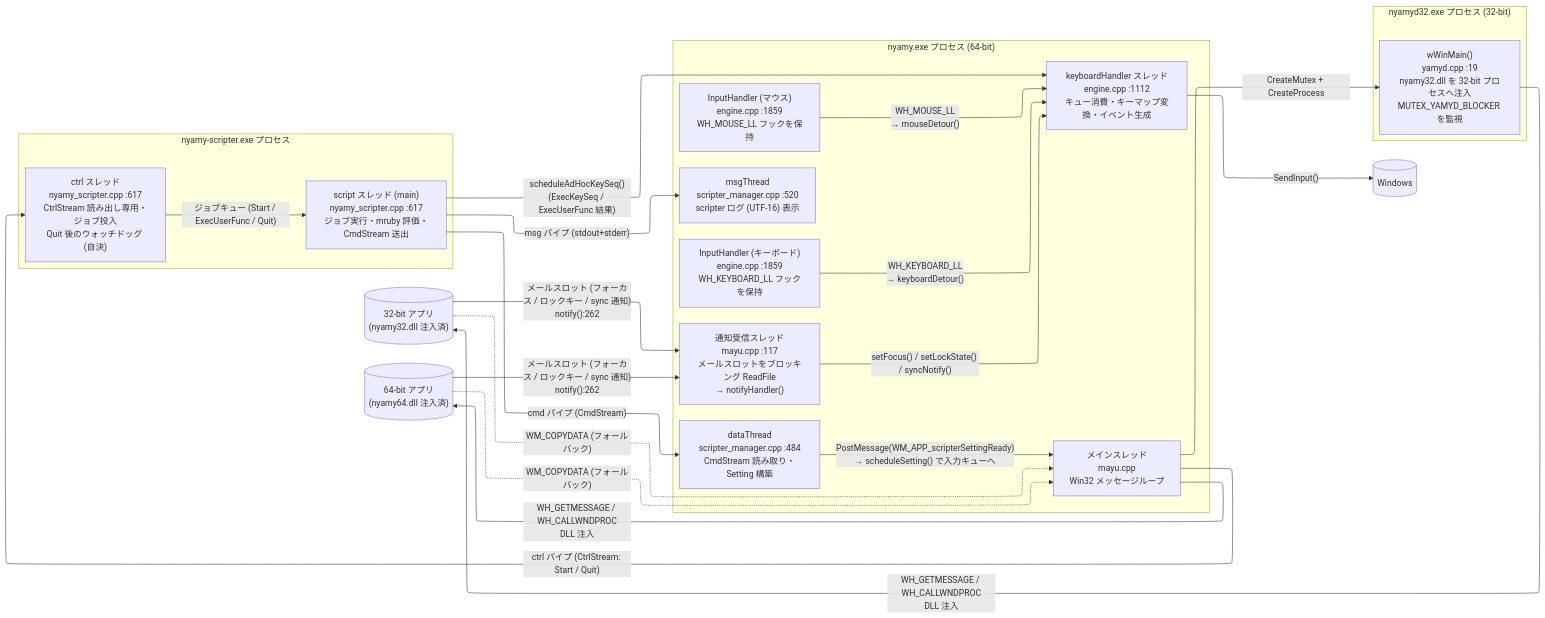
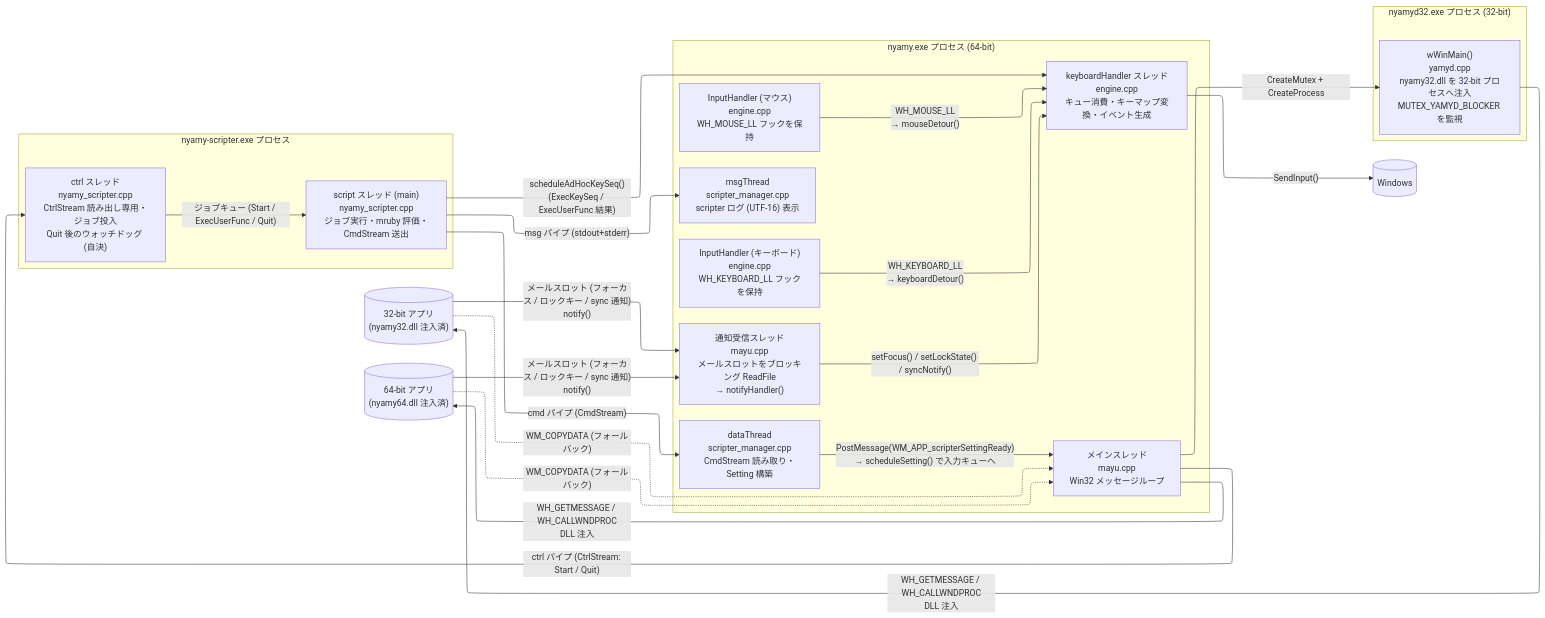
The fifth of 7 diagrams in doc/event-flow.md (vmi/nyamy), drawn with Mermaid before and after one commit. The commit also changed other lines of this file and 6 other files, not shown here.

````diff
--- a/doc/event-flow.md
+++ b/doc/event-flow.md
@@ -299,47 +299,47 @@
 ```mermaid
 ---
 config:
   layout: elk
 ---
 flowchart LR
     subgraph proc_nyamy["nyamy.exe プロセス (64-bit)"]
         T_main["メインスレッド<br>mayu.cpp<br>Win32 メッセージループ"]
-        T_notify["通知受信スレッド<br>mayu.cpp :117<br>メールスロットをブロッキング ReadFile<br>→ notifyHandler()"]
-        T_kb["InputHandler (キーボード)<br>engine.cpp :1859<br>WH_KEYBOARD_LL フックを保持"]
-        T_mouse["InputHandler (マウス)<br>engine.cpp :1859<br>WH_MOUSE_LL フックを保持"]
-        T_handler["keyboardHandler スレッド<br>engine.cpp :1112<br>キュー消費・キーマップ変換・イベント生成"]
-        T_data["dataThread<br>scripter_manager.cpp :484<br>CmdStream 読み取り・Setting 構築"]
-        T_msg["msgThread<br>scripter_manager.cpp :520<br>scripter ログ (UTF-16) 表示"]
+        T_notify["通知受信スレッド<br>mayu.cpp<br>メールスロットをブロッキング ReadFile<br>→ notifyHandler()"]
+        T_kb["InputHandler (キーボード)<br>engine.cpp<br>WH_KEYBOARD_LL フックを保持"]
+        T_mouse["InputHandler (マウス)<br>engine.cpp<br>WH_MOUSE_LL フックを保持"]
+        T_handler["keyboardHandler スレッド<br>engine.cpp<br>キュー消費・キーマップ変換・イベント生成"]
+        T_data["dataThread<br>scripter_manager.cpp<br>CmdStream 読み取り・Setting 構築"]
+        T_msg["msgThread<br>scripter_manager.cpp<br>scripter ログ (UTF-16) 表示"]
     end
 
     subgraph proc_nyamyd["nyamyd32.exe プロセス (32-bit)"]
-        T_nyamyd["wWinMain()<br>yamyd.cpp :19<br>nyamy32.dll を 32-bit プロセスへ注入<br>MUTEX_YAMYD_BLOCKER を監視"]
+        T_nyamyd["wWinMain()<br>yamyd.cpp<br>nyamy32.dll を 32-bit プロセスへ注入<br>MUTEX_YAMYD_BLOCKER を監視"]
     end
 
     subgraph proc_sc["nyamy-scripter.exe プロセス"]
-        T_scctrl["ctrl スレッド<br>nyamy_scripter.cpp :617<br>CtrlStream 読み出し専用・ジョブ投入<br>Quit 後のウォッチドッグ (自決)"]
-        T_sc["script スレッド (main)<br>nyamy_scripter.cpp :617<br>ジョブ実行・mruby 評価・CmdStream 送出"]
+        T_scctrl["ctrl スレッド<br>nyamy_scripter.cpp<br>CtrlStream 読み出し専用・ジョブ投入<br>Quit 後のウォッチドッグ (自決)"]
+        T_sc["script スレッド (main)<br>nyamy_scripter.cpp<br>ジョブ実行・mruby 評価・CmdStream 送出"]
     end
 
     App32[("32-bit アプリ<br>(nyamy32.dll 注入済)")]
     App64[("64-bit アプリ<br>(nyamy64.dll 注入済)")]
     Windows[(Windows)]
 
     T_kb -->|"WH_KEYBOARD_LL<br>→ keyboardDetour()"| T_handler
     T_mouse -->|"WH_MOUSE_LL<br>→ mouseDetour()"| T_handler
     T_handler -->|"SendInput()"| Windows
     T_data -->|"PostMessage(WM_APP_scripterSettingReady)<br>→ scheduleSetting() で入力キューへ"| T_main
     T_sc -->|"cmd パイプ (CmdStream)"| T_data
     T_sc -->|"msg パイプ (stdout+stderr)"| T_msg
     T_main -->|"ctrl パイプ (CtrlStream: Start / Quit)"| T_scctrl
     T_scctrl -->|"ジョブキュー (Start / ExecUserFunc / Quit)"| T_sc
     T_main -->|"CreateMutex + CreateProcess"| T_nyamyd
     T_nyamyd -->|"WH_GETMESSAGE / WH_CALLWNDPROC<br>DLL 注入"| App32
     T_main -->|"WH_GETMESSAGE / WH_CALLWNDPROC<br>DLL 注入"| App64
-    App32 -->|"メールスロット (フォーカス / ロックキー / sync 通知)<br>notify():262"| T_notify
-    App64 -->|"メールスロット (フォーカス / ロックキー / sync 通知)<br>notify():262"| T_notify
+    App32 -->|"メールスロット (フォーカス / ロックキー / sync 通知)<br>notify()"| T_notify
+    App64 -->|"メールスロット (フォーカス / ロックキー / sync 通知)<br>notify()"| T_notify
     App32 -.->|"WM_COPYDATA (フォールバック)"| T_main
     App64 -.->|"WM_COPYDATA (フォールバック)"| T_main
     T_notify -->|"setFocus() / setLockState() / syncNotify()"| T_handler
     T_sc -->|"scheduleAdHocKeySeq()<br>(ExecKeySeq / ExecUserFunc 結果)"| T_handler
 ```
````
